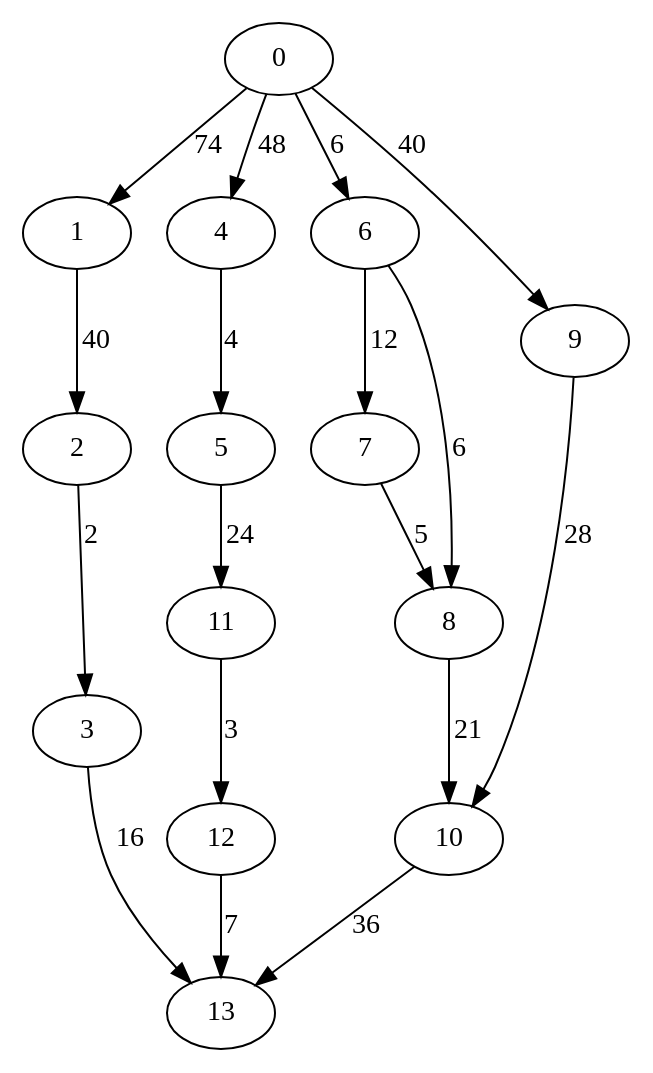
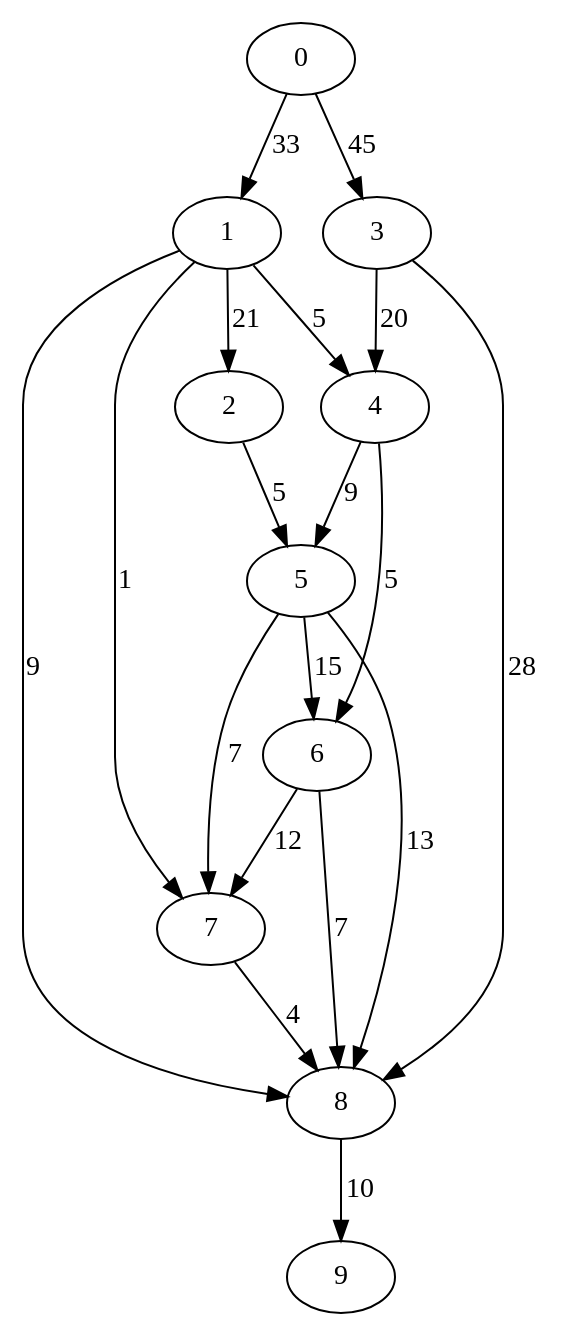
The diagram in dotfiles/data7.dot (asaloniti/DagScheduling_old), drawn with Graphviz before and after one commit. The commit also changed 43 other files, not shown here.

```diff
--- a/dotfiles/data7.dot
+++ b/dotfiles/data7.dot
@@ -1,19 +1,20 @@
 digraph data7 {
-0 -> 1 [ label = 74 ];
-0 -> 4 [ label = 48 ];
-0 -> 6 [ label = 6 ];
-0 -> 9 [ label = 40 ];
-1 -> 2 [ label = 40 ];
-2 -> 3 [ label = 2 ];
-3 -> 13 [ label = 16 ];
-4 -> 5 [ label = 4 ];
-5 -> 11 [ label = 24 ];
+0 -> 1 [ label = 33 ];
+0 -> 3 [ label = 45 ];
+1 -> 2 [ label = 21 ];
+1 -> 4 [ label = 5 ];
+1 -> 7 [ label = 1 ];
+1 -> 8 [ label = 9 ];
+2 -> 5 [ label = 5 ];
+3 -> 4 [ label = 20 ];
+3 -> 8 [ label = 28 ];
+4 -> 5 [ label = 9 ];
+4 -> 6 [ label = 5 ];
+5 -> 6 [ label = 15 ];
+5 -> 7 [ label = 7 ];
+5 -> 8 [ label = 13 ];
 6 -> 7 [ label = 12 ];
-6 -> 8 [ label = 6 ];
-7 -> 8 [ label = 5 ];
-8 -> 10 [ label = 21 ];
-9 -> 10 [ label = 28 ];
-10 -> 13 [ label = 36 ];
-11 -> 12 [ label = 3 ];
-12 -> 13 [ label = 7 ];
+6 -> 8 [ label = 7 ];
+7 -> 8 [ label = 4 ];
+8 -> 9 [ label = 10 ];
  }
```
